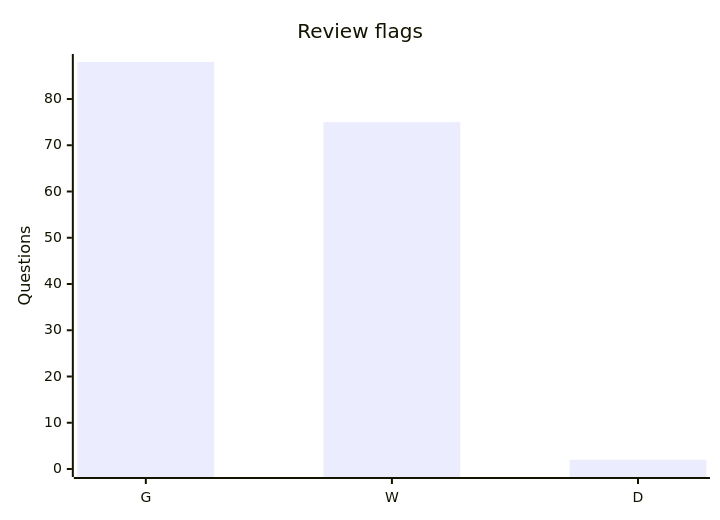
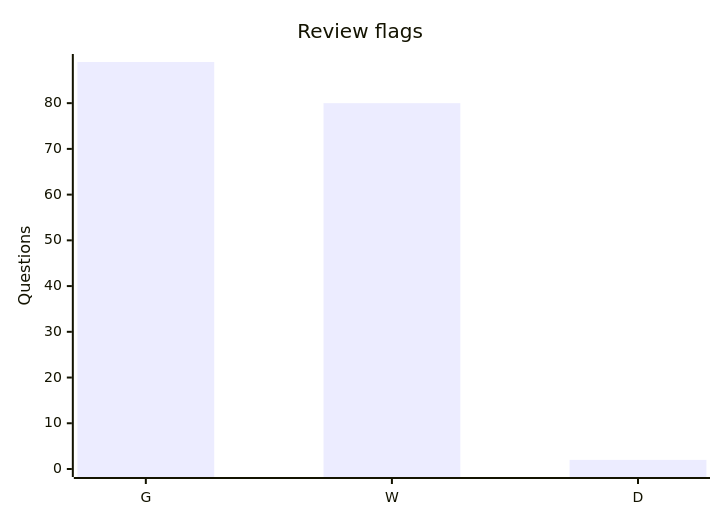
One commit to Zakoroo/computer_networks changed the eighth of 9 diagrams in PROGRESS.md. Above: the diagram before and after it, drawn with Mermaid. The commit also changed other lines of this file and 30 other files, not shown here.

````diff
--- a/PROGRESS.md
+++ b/PROGRESS.md
@@ -86,7 +92,7 @@
 ```mermaid
 xychart-beta
     title "Review flags"
     x-axis ["G", "W", "D"]
-    y-axis "Questions" 0 --> 88
-    bar [88, 75, 2]
+    y-axis "Questions" 0 --> 89
+    bar [89, 80, 2]
 ```
````
